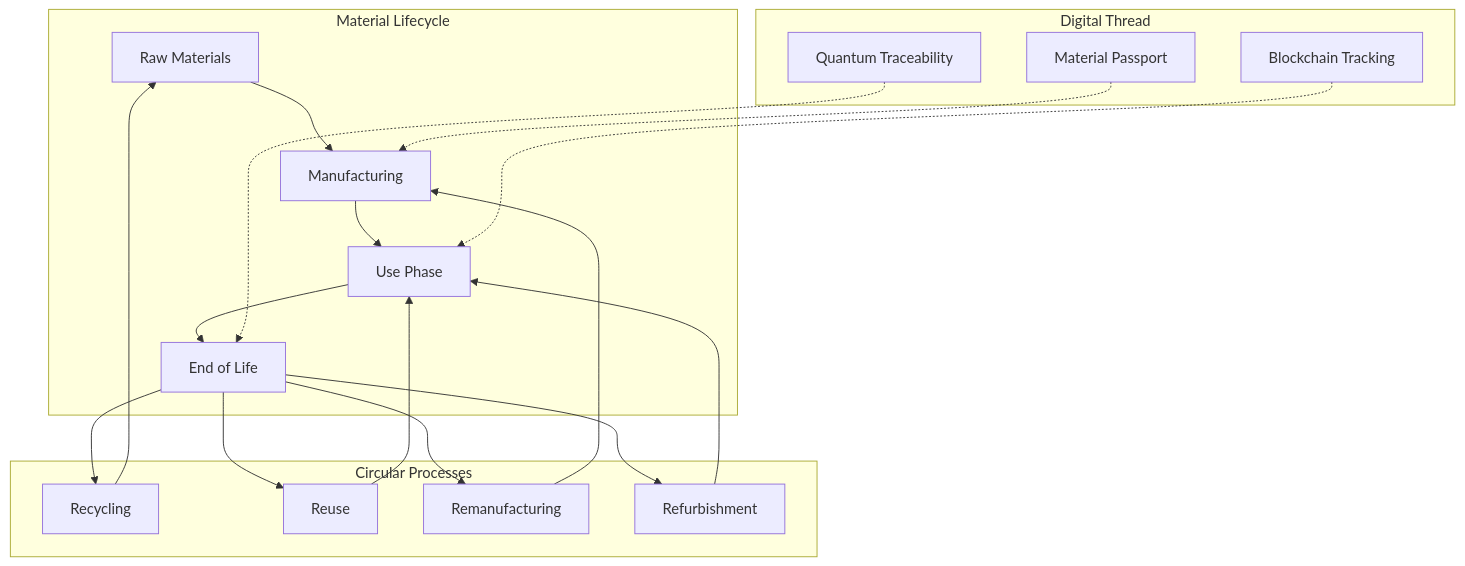
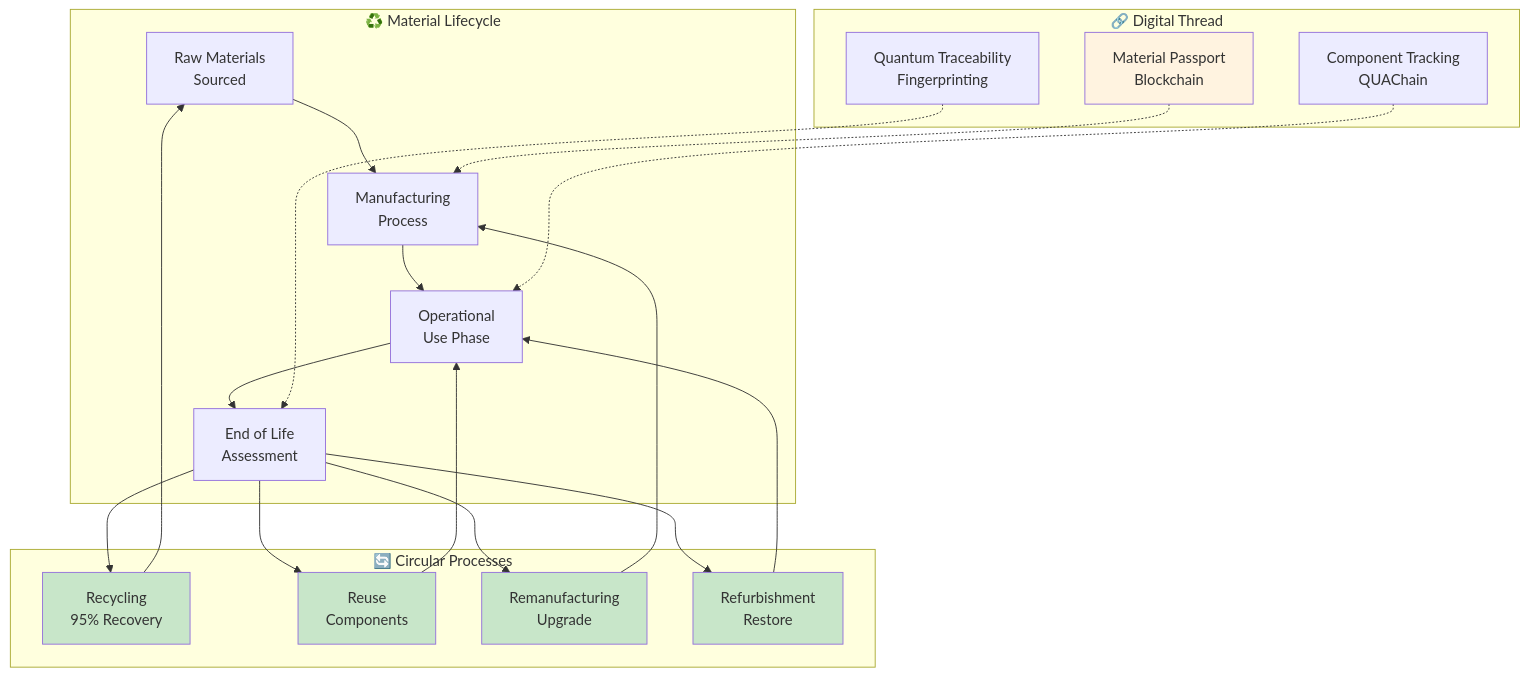
One commit to Robbbo-T/Robbbo-T changed diagram 20 of 33 in README.md. Above: the diagram before and after it, drawn with Mermaid. The commit also changed other lines of this file, not shown here.

````diff
--- a/README.md
+++ b/README.md
@@ -1261,40 +1881,46 @@
 ```mermaid
 flowchart TD
-    subgraph "Material Lifecycle"
-        RM[Raw Materials]
-        MF[Manufacturing]
-        USE[Use Phase]
-        EOL[End of Life]
+    subgraph "♻️ Material Lifecycle"
+        RM[Raw Materials<br/>Sourced]
+        MF[Manufacturing<br/>Process]
+        USE[Operational<br/>Use Phase]
+        EOL[End of Life<br/>Assessment]
     end
     
-    subgraph "Circular Processes"
-        REC[Recycling]
-        REU[Reuse]
-        REM[Remanufacturing]
-        REF[Refurbishment]
+    subgraph "🔄 Circular Processes"
+        REC[Recycling<br/>95% Recovery]
+        REU[Reuse<br/>Components]
+        REM[Remanufacturing<br/>Upgrade]
+        REF[Refurbishment<br/>Restore]
     end
     
-    subgraph "Digital Thread"
-        MP[Material Passport]
-        BC[Blockchain Tracking]
-        QT[Quantum Traceability]
+    subgraph "🔗 Digital Thread"
+        MP2[Material Passport<br/>Blockchain]
+        BC2[Component Tracking<br/>QUAChain]
+        QT[Quantum Traceability<br/>Fingerprinting]
     end
     
     RM --> MF
     MF --> USE
     USE --> EOL
     
     EOL --> REC
     EOL --> REU
     EOL --> REM
     EOL --> REF
     
     REC --> RM
     REU --> USE
     REM --> MF
     REF --> USE
     
-    MP -.-> MF
-    BC -.-> USE
+    MP2 -.-> MF
+    BC2 -.-> USE
     QT -.-> EOL
+    
+    style REC fill:#c8e6c9
+    style REU fill:#c8e6c9
+    style REM fill:#c8e6c9
+    style REF fill:#c8e6c9
+    style MP2 fill:#fff3e0
 ```
````
